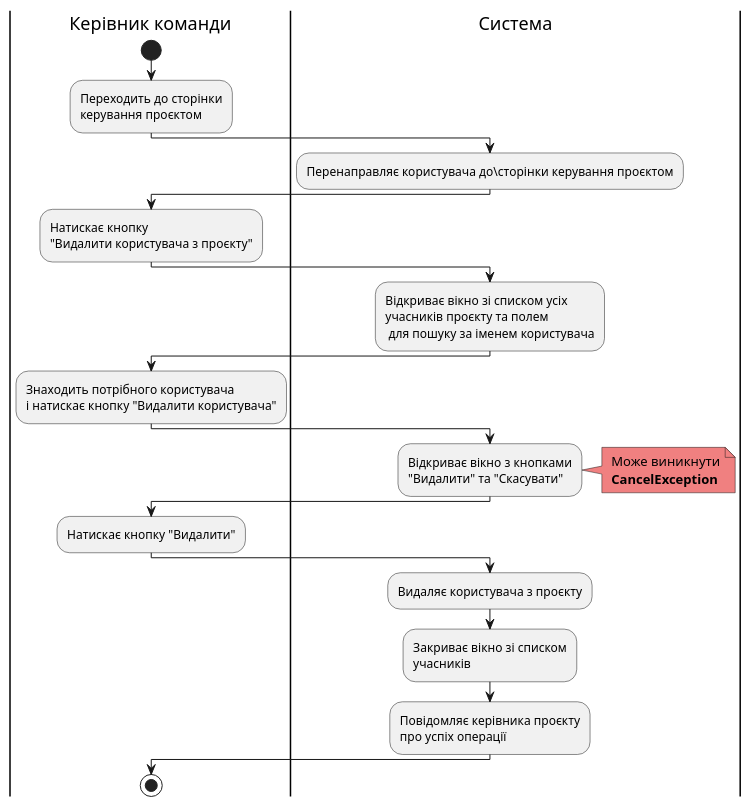
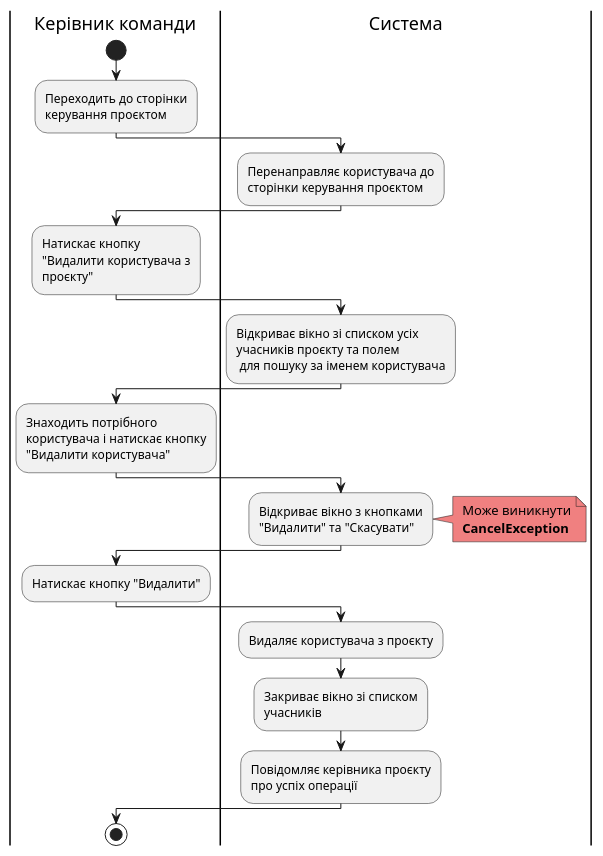
One commit to samoilenkomariia/db-coursework changed diagram 13 of 23 in docs/use cases/README.md. Above: the diagram before and after it, drawn with PlantUML. The commit also changed other lines of this file, not shown here.

```diff
--- a/docs/use cases/README.md
+++ b/docs/use cases/README.md
@@ -558,38 +558,38 @@
 @startuml
 
      |Керівник команди|
      start;
    
      :Переходить до сторінки\nкерування проєктом;
    
      |Система|
-     :Перенаправляє користувача до\сторінки керування проєктом;
+     :Перенаправляє користувача до\nсторінки керування проєктом;
    
      |Керівник команди|
-     :Натискає кнопку\n"Видалити користувача з проєкту";
+     :Натискає кнопку\n"Видалити користувача з\nпроєкту";
    
      |Система|
      :Відкриває вікно зі списком усіх\nучасників проєкту та полем\n для пошуку за іменем користувача;
    
      |Керівник команди|
-     :Знаходить потрібного користувача\nі натискає кнопку "Видалити користувача";
+     :Знаходить потрібного\nкористувача і натискає кнопку\n"Видалити користувача";
    
      |Система|
      :Відкриває вікно з кнопками\n"Видалити" та "Скасувати";
      note right#lightcoral
           Може виникнути
          <b> CancelException
      end note
    
      |Керівник команди|
      :Натискає кнопку "Видалити";
    
      |Система|
      :Видаляє користувача з проєкту;
      :Закриває вікно зі списком\nучасників;
      :Повідомляє керівника проєкту\nпро успіх операції;
    
      |Керівник команди|
      stop
 
 @enduml
```
